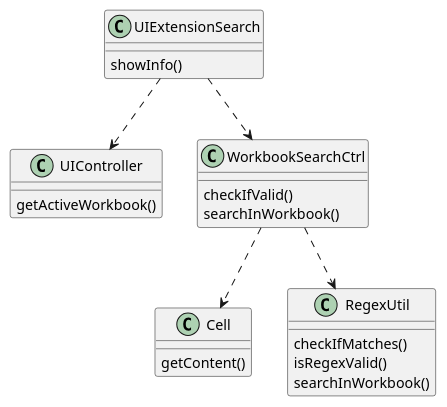
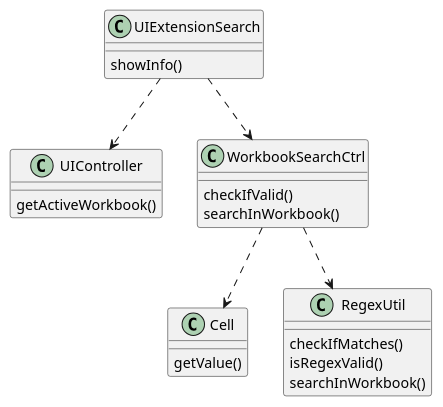
The diagram in src/main/java/lapr4/red/s1/core/n1150613/workbookSearch/core07_01_design_cd.puml (MikeTekOn/lapr4-2017-2dd), drawn with PlantUML before and after one commit. The commit also changed 1 other file, not shown here.

```diff
--- a/src/main/java/lapr4/red/s1/core/n1150613/workbookSearch/core07_01_design_cd.puml
+++ b/src/main/java/lapr4/red/s1/core/n1150613/workbookSearch/core07_01_design_cd.puml
@@ -1,25 +1,25 @@
 @startuml
 class UIExtensionSearch{
     showInfo()
 }
 class UIController{
     getActiveWorkbook()
 }
 class WorkbookSearchCtrl{
     checkIfValid()
     searchInWorkbook()
 }
 class Cell{
-    getContent()
+    getValue()
 }
 class RegexUtil {
     checkIfMatches()
     isRegexValid()
     searchInWorkbook()
 }
 
 UIExtensionSearch ..> UIController
 UIExtensionSearch ..> WorkbookSearchCtrl
 WorkbookSearchCtrl ..> Cell
 WorkbookSearchCtrl ..> RegexUtil
 @enduml
```
